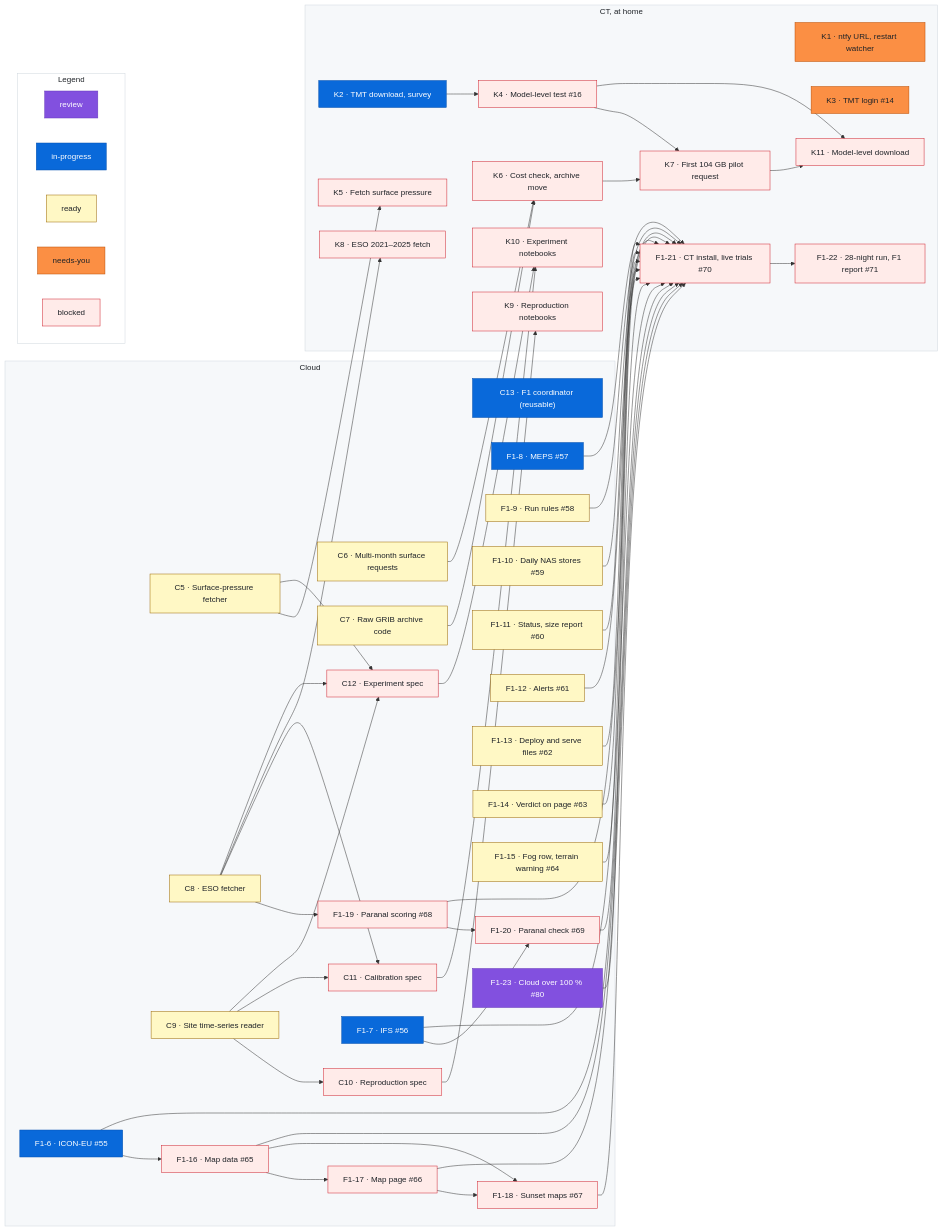
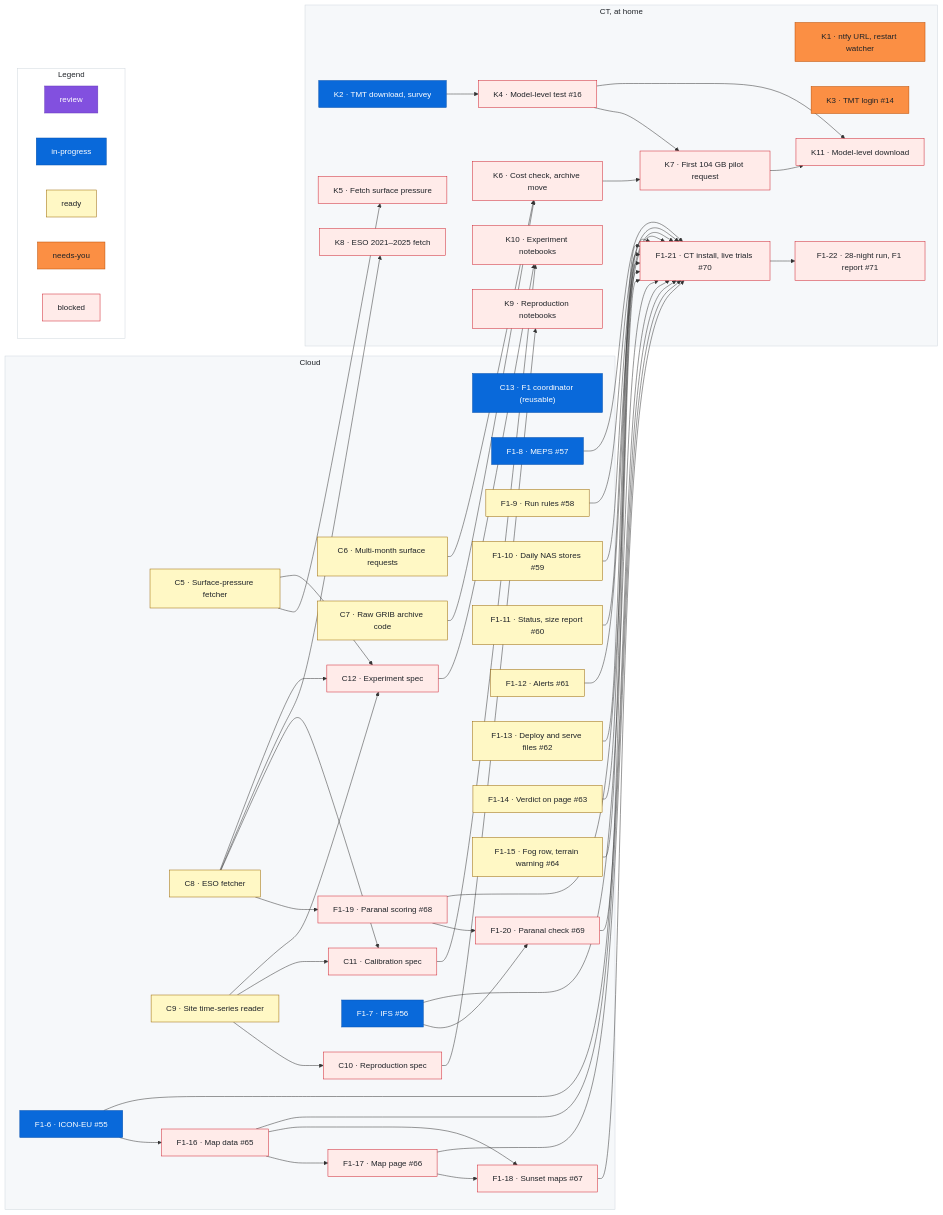
One commit to rrweller/Astro-seeing changed the diagram in docs/roadmap.md. Above: the diagram before and after it, drawn with Mermaid. The commit also changed other lines of this file, not shown here.

First line of the commit message:
roadmap: remove F1-23 (#82 merged)

```diff
--- a/docs/roadmap.md
+++ b/docs/roadmap.md
@@ -125,7 +123,6 @@
     F1_18["F1-18 · Sunset maps #67"]
     F1_19["F1-19 · Paranal scoring #68"]
     F1_20["F1-20 · Paranal check #69"]
-    F1_23["F1-23 · Cloud over 100 % #80"]
   end
   subgraph ct["CT, at home"]
     K1["K1 · ntfy URL, restart watcher"]
@@ -164,7 +161,6 @@
   F1_18 --> F1_21
   F1_19 --> F1_21
   F1_20 --> F1_21
-  F1_23 --> F1_21
   F1_21 --> F1_22
   C9 --> C10
   C8 --> C11
@@ -251,8 +247,6 @@
   %% ---
   class F1_22 blocked
   %% ---
-  class F1_23 review
-  %% ---
   class K1 needsyou
   %% ---
   class K2 inprogress
```
